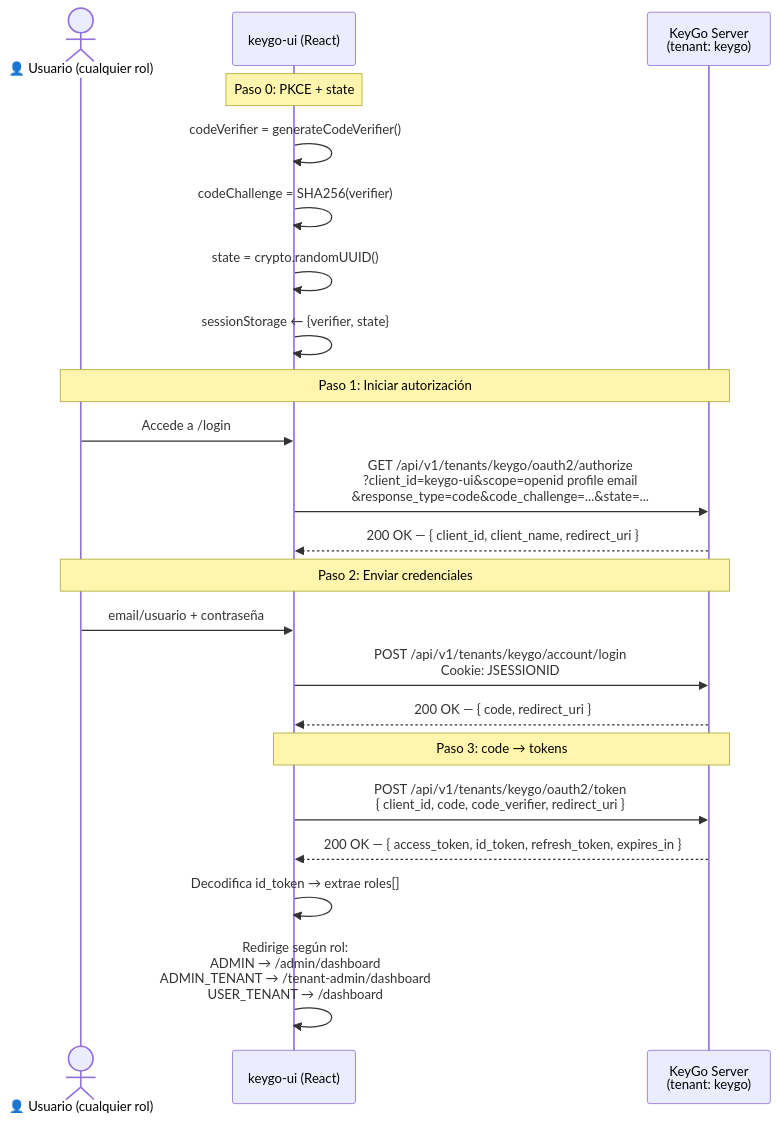
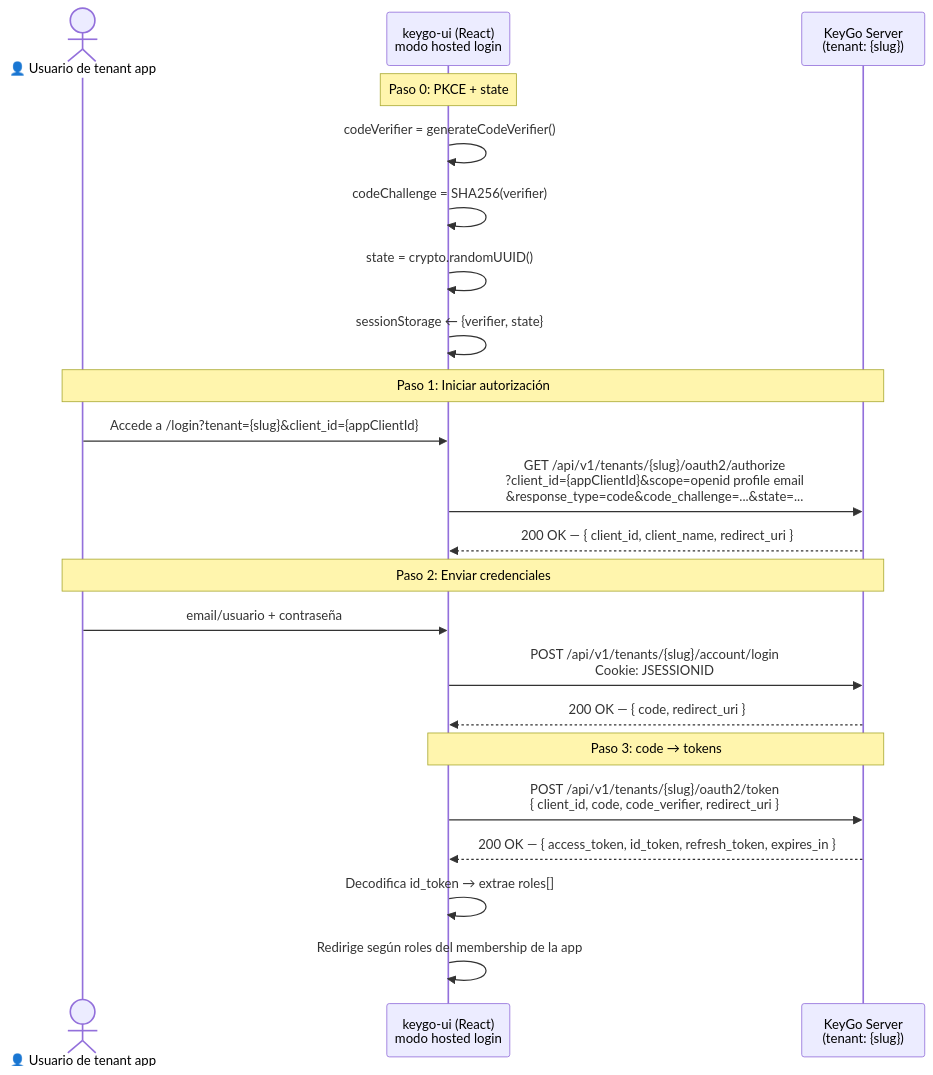
One commit to cmartinezs/keygo-web-ui changed the fifth of 8 diagrams in docs/FRONTEND_DEVELOPER_GUIDE.md. Above: the diagram before and after it, drawn with Mermaid. The commit also changed other lines of this file and 39 other files, not shown here.

````diff
--- a/docs/FRONTEND_DEVELOPER_GUIDE.md
+++ b/docs/FRONTEND_DEVELOPER_GUIDE.md
@@ -480,29 +864,29 @@
 ```mermaid
 sequenceDiagram
-    actor U as 👤 Usuario (cualquier rol)
-    participant UI as keygo-ui (React)
-    participant KG as KeyGo Server<br/>(tenant: keygo)
+    actor U as 👤 Usuario de tenant app
+    participant UI as keygo-ui (React)<br/>modo hosted login
+    participant KG as KeyGo Server<br/>(tenant: {slug})
 
     Note over UI: Paso 0: PKCE + state
     UI->>UI: codeVerifier = generateCodeVerifier()
     UI->>UI: codeChallenge = SHA256(verifier)
     UI->>UI: state = crypto.randomUUID()
     UI->>UI: sessionStorage ← {verifier, state}
 
     Note over U,KG: Paso 1: Iniciar autorización
-    U->>UI: Accede a /login
-    UI->>KG: GET /api/v1/tenants/keygo/oauth2/authorize<br/>?client_id=keygo-ui&scope=openid profile email<br/>&response_type=code&code_challenge=...&state=...
+    U->>UI: Accede a /login?tenant={slug}&client_id={appClientId}
+    UI->>KG: GET /api/v1/tenants/{slug}/oauth2/authorize<br/>?client_id={appClientId}&scope=openid profile email<br/>&response_type=code&code_challenge=...&state=...
     KG-->>UI: 200 OK — { client_id, client_name, redirect_uri }
 
     Note over U,KG: Paso 2: Enviar credenciales
     U->>UI: email/usuario + contraseña
-    UI->>KG: POST /api/v1/tenants/keygo/account/login<br/>Cookie: JSESSIONID
+    UI->>KG: POST /api/v1/tenants/{slug}/account/login<br/>Cookie: JSESSIONID
     KG-->>UI: 200 OK — { code, redirect_uri }
 
     Note over UI,KG: Paso 3: code → tokens
-    UI->>KG: POST /api/v1/tenants/keygo/oauth2/token<br/>{ client_id, code, code_verifier, redirect_uri }
+    UI->>KG: POST /api/v1/tenants/{slug}/oauth2/token<br/>{ client_id, code, code_verifier, redirect_uri }
     KG-->>UI: 200 OK — { access_token, id_token, refresh_token, expires_in }
 
     UI->>UI: Decodifica id_token → extrae roles[]
-    UI->>UI: Redirige según rol:<br/>ADMIN → /admin/dashboard<br/>ADMIN_TENANT → /tenant-admin/dashboard<br/>USER_TENANT → /dashboard
+    UI->>UI: Redirige según roles del membership de la app
 ```
````
